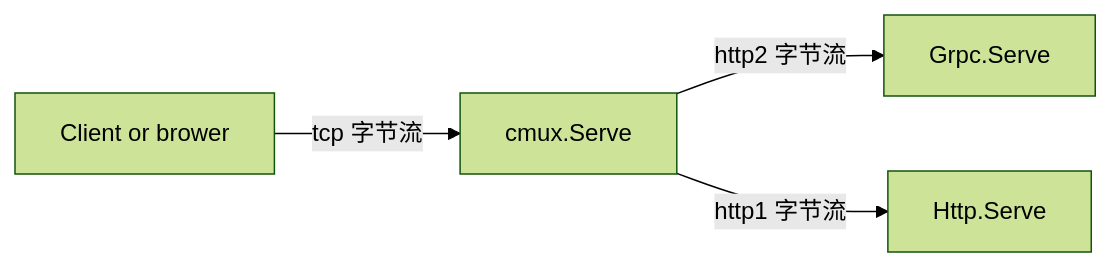
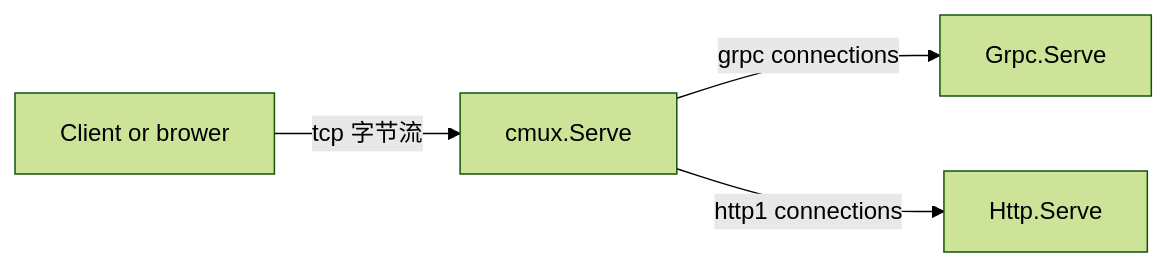
One commit to xumc/xumc.github.io changed the diagram in _posts/2019-09-22-cmux-source-analyze.md. Above: the diagram before and after it, drawn with Mermaid (forest theme). The commit also changed other lines of this file, not shown here.

Commit message:
add new post

```diff
--- a/_posts/2019-09-22-cmux-source-analyze.md
+++ b/_posts/2019-09-22-cmux-source-analyze.md
@@ -111,6 +111,6 @@
 <div class="mermaid">
 graph LR
 A[Client or brower] -->|tcp 字节流| B[cmux.Serve]
-B --> |http2 字节流|C[Grpc.Serve]
-B --> |http1 字节流| D[Http.Serve]
+B --> |grpc connections|C[Grpc.Serve]
+B --> |http1 connections| D[Http.Serve]
 </div>
```
